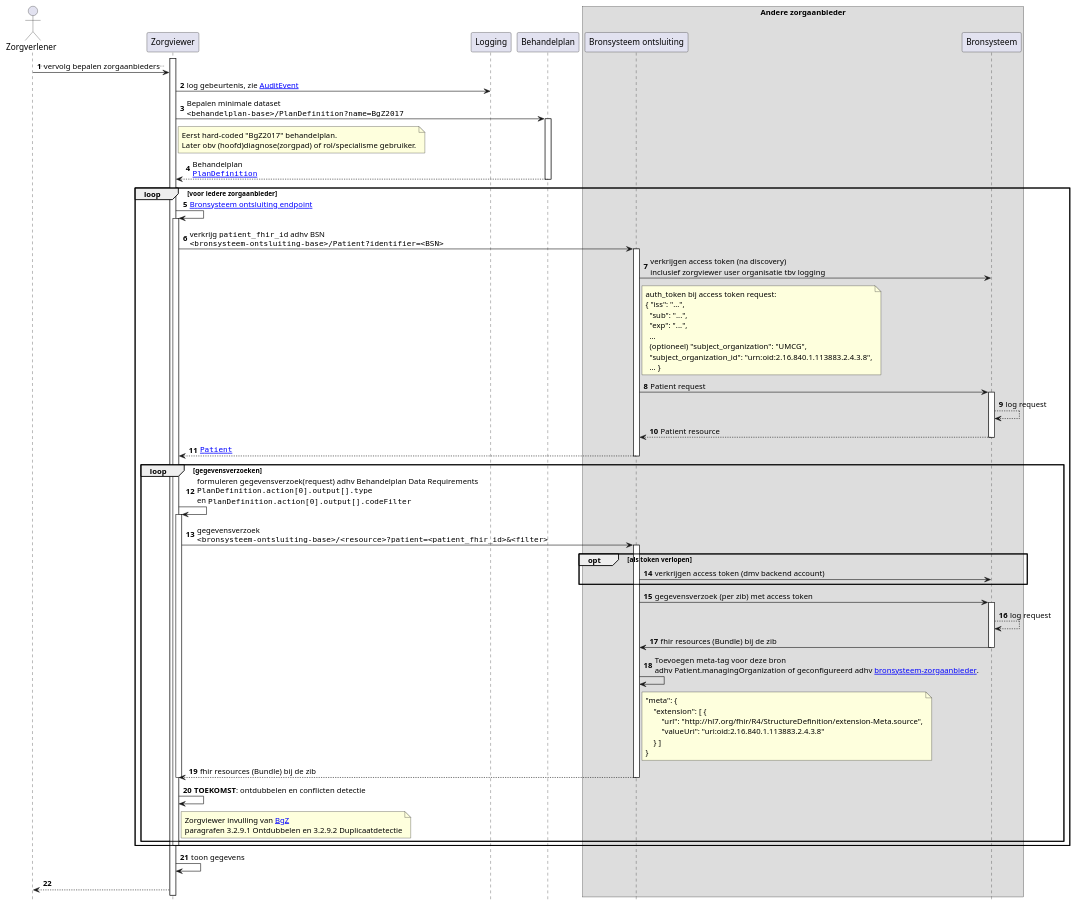
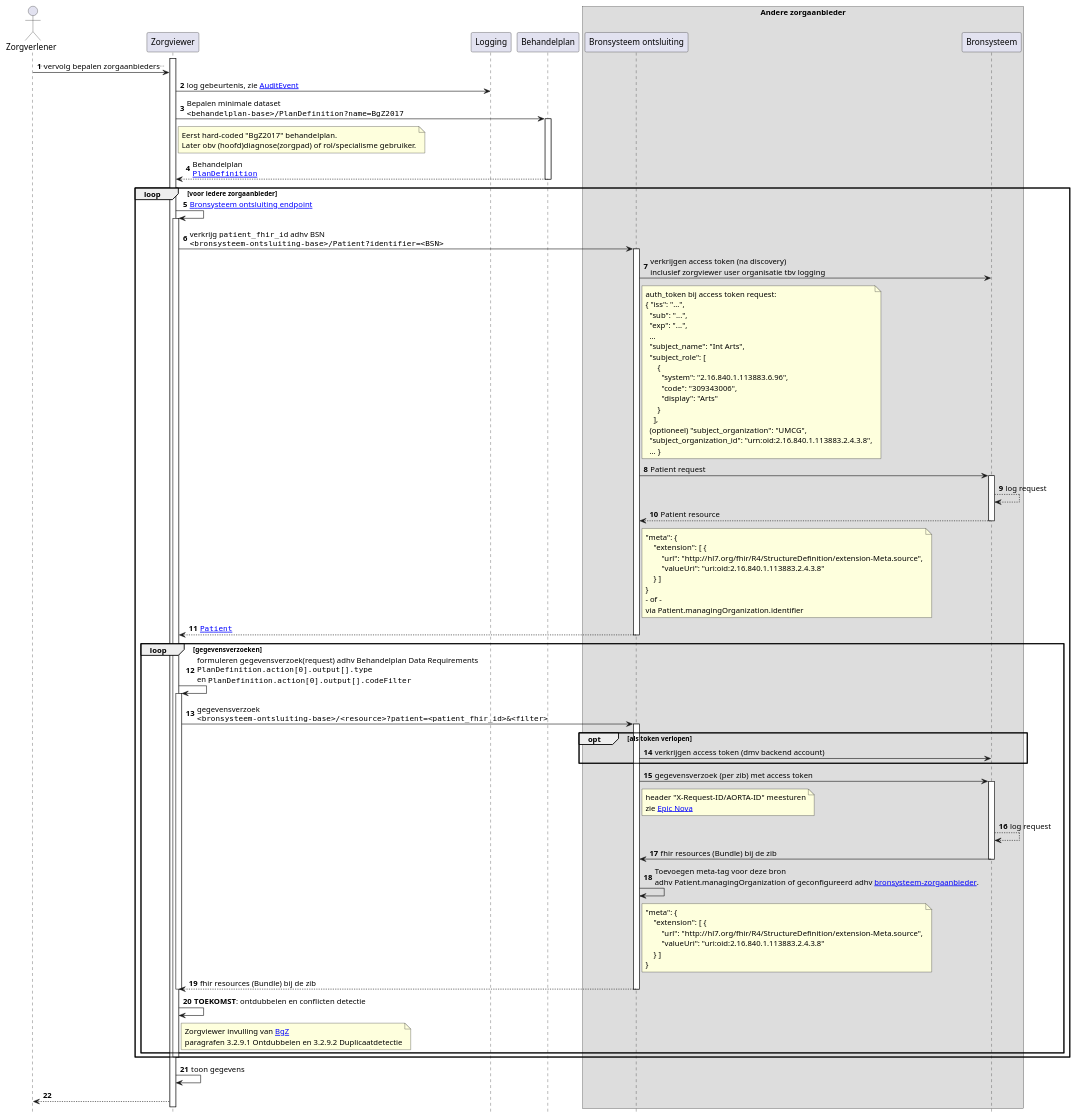
The diagram in input/images-source/Zorgviewer-seq-3.plantuml (RIVO-Noord/zorgviewer-ig), drawn with PlantUML before and after one commit. The commit also changed 1 other file, not shown here.

Commit message:
Subject velden en headers toegevoegd aan sequence https://dev.azure.com/UMCG-MIT/Zorgviewer/_workitems/edit/176833

```diff
--- a/input/images-source/Zorgviewer-seq-3.plantuml
+++ b/input/images-source/Zorgviewer-seq-3.plantuml
@@ -1,85 +1,107 @@
 @startuml
 hide footbox
 autonumber
 
 actor Zorgverlener
 participant Zorgviewer
 participant Logging
 participant Behandelplan
 box "Andere zorgaanbieder"
 participant "Bronsysteem ontsluiting" as Bron
 participant Bronsysteem
 end box
 
 activate Zorgviewer
 Zorgverlener->Zorgviewer: ..vervolg bepalen zorgaanbieders..
 Zorgviewer->Logging: log gebeurtenis, zie [[StructureDefinition-AuditEvent.html AuditEvent]]
 Zorgviewer->Behandelplan: Bepalen minimale dataset\n""<behandelplan-base>/PlanDefinition?name=BgZ2017""
 note right Zorgviewer
   Eerst hard-coded "BgZ2017" behandelplan.
   Later obv (hoofd)diagnose(zorgpad) of rol/specialisme gebruiker.
 end note
 activate Behandelplan
 Behandelplan-->Zorgviewer: Behandelplan\n""[[StructureDefinition-PlanDefinition.html PlanDefinition]]""
 deactivate Behandelplan
 loop voor iedere zorgaanbieder
   Zorgviewer->Zorgviewer: [[Endpoint-UMCG.html Bronsysteem ontsluiting endpoint]]
   activate Zorgviewer
   Zorgviewer->Bron : verkrijg ""patient_fhir_id"" adhv BSN\n""<bronsysteem-ontsluiting-base>/Patient?identifier=<BSN>""
   activate Bron
   Bron->Bronsysteem : verkrijgen access token (na discovery)\ninclusief zorgviewer user organisatie tbv logging
   note right Bron
     auth_token bij access token request:
     { "iss": "...",
       "sub": "...",
       "exp": "...",
       ...
+      "subject_name": "Int Arts",
+      "subject_role": [ 
+          { 
+            "system": "2.16.840.1.113883.6.96", 
+            "code": "309343006", 
+            "display": "Arts" 
+          } 
+        ],
       (optioneel) "subject_organization": "UMCG",
       "subject_organization_id": "urn:oid:2.16.840.1.113883.2.4.3.8",
-      ... }
+      ... }    
   end note
   Bron->Bronsysteem : Patient request
   activate Bronsysteem
   Bronsysteem-->Bronsysteem: log request
   Bronsysteem-->Bron : Patient resource
+  note right Bron
+"meta": {
+    "extension": [ {
+        "url": "http://hl7.org/fhir/R4/StructureDefinition/extension-Meta.source",
+        "valueUri": "uri:oid:2.16.840.1.113883.2.4.3.8"
+    } ]
+}
+- of -
+via Patient.managingOrganization.identifier
+  end note
   deactivate Bronsysteem
   Bron-->Zorgviewer : ""[[StructureDefinition-Patient.html Patient]]""
   deactivate Bron
   loop gegevensverzoeken
     Zorgviewer->Zorgviewer: formuleren gegevensverzoek(request) adhv Behandelplan Data Requirements\n""PlanDefinition.action[0].output[].type""\nen ""PlanDefinition.action[0].output[].codeFilter""
     activate Zorgviewer
     Zorgviewer->Bron: gegevensverzoek\n""<bronsysteem-ontsluiting-base>/<resource>?patient=<patient_fhir_id>&<filter>""
     activate Bron
     opt als token verlopen
       Bron->Bronsysteem : verkrijgen access token (dmv backend account)
     end opt
     Bron->Bronsysteem : gegevensverzoek (per zib) met access token
+    note right Bron
+        header "X-Request-ID/AORTA-ID" meesturen
+        zie [[https://nova.epic.com/Search.aspx?CstID=2#SearchTerm=818072 Epic Nova]]
+    end note
     activate Bronsysteem
     Bronsysteem-->Bronsysteem: log request
     Bronsysteem->Bron: fhir resources (Bundle) bij de zib
     deactivate Bronsysteem
     Bron->Bron: Toevoegen meta-tag voor deze bron\nadhv Patient.managingOrganization of geconfigureerd adhv [[CodeSystem-bronsysteem-zorgaanbieder.html bronsysteem-zorgaanbieder]].
     note right Bron
 "meta": {
     "extension": [ {
         "url": "http://hl7.org/fhir/R4/StructureDefinition/extension-Meta.source",
         "valueUri": "uri:oid:2.16.840.1.113883.2.4.3.8"
     } ]
 }
     end note
     Bron-->Zorgviewer: fhir resources (Bundle) bij de zib
     deactivate Bron
     deactivate Zorgviewer
     Zorgviewer->Zorgviewer: **TOEKOMST**: ontdubbelen en conflicten detectie
     note right of Zorgviewer
       Zorgviewer invulling van [[https://informatiestandaarden.nictiz.nl/wiki/BgZ:V1.0_BgZ_MSZ_Informatiestandaard BgZ]] 
       paragrafen 3.2.9.1 Ontdubbelen en 3.2.9.2 Duplicaatdetectie
     end note
   end
   deactivate Zorgviewer
 end
 
 Zorgviewer->Zorgviewer: toon gegevens
 Zorgviewer-->Zorgverlener
 
 @enduml
```
